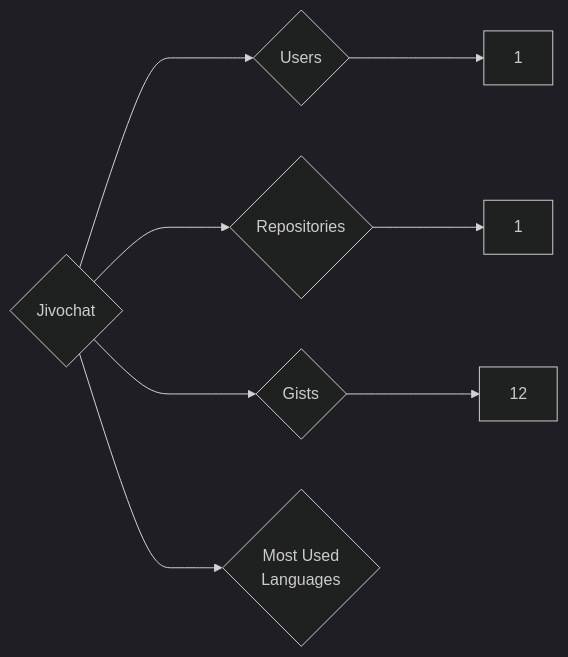
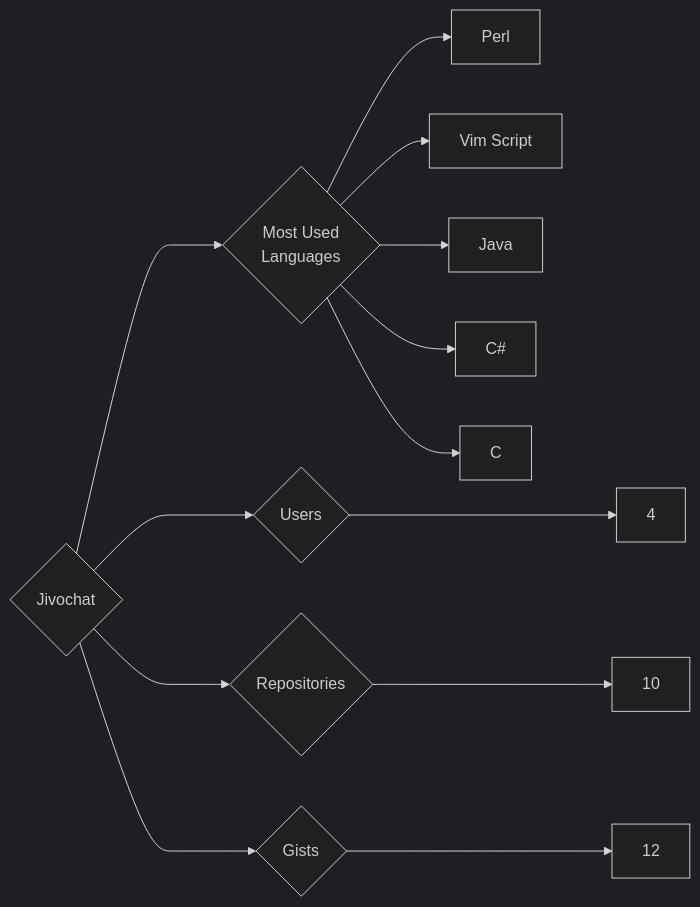
One commit to trickest/insiders changed the diagram in targets/Jivochat/README.md. Above: the diagram before and after it, drawn with Mermaid (dark theme). The commit also changed 745 other files, not shown here.

````diff
--- a/targets/Jivochat/README.md
+++ b/targets/Jivochat/README.md
@@ -3,8 +3,13 @@
 ```mermaid
 graph LR
 COMPANY_NAME{Jivochat}
-COMPANY_NAME ---> U{Users} ---> UN[1]
-COMPANY_NAME ---> R{Repositories} ---> RN[1]
+COMPANY_NAME ---> U{Users} ---> UN[4]
+COMPANY_NAME ---> R{Repositories} ---> RN[10]
 COMPANY_NAME ---> G{Gists} ---> GN[12]
 COMPANY_NAME ---> ML{Most Used<br>Languages}
+ML --> Perl[Perl]
+ML --> Vim_Script[Vim Script]
+ML --> Java[Java]
+ML --> C#[C#]
+ML --> C[C]
 ```
````
